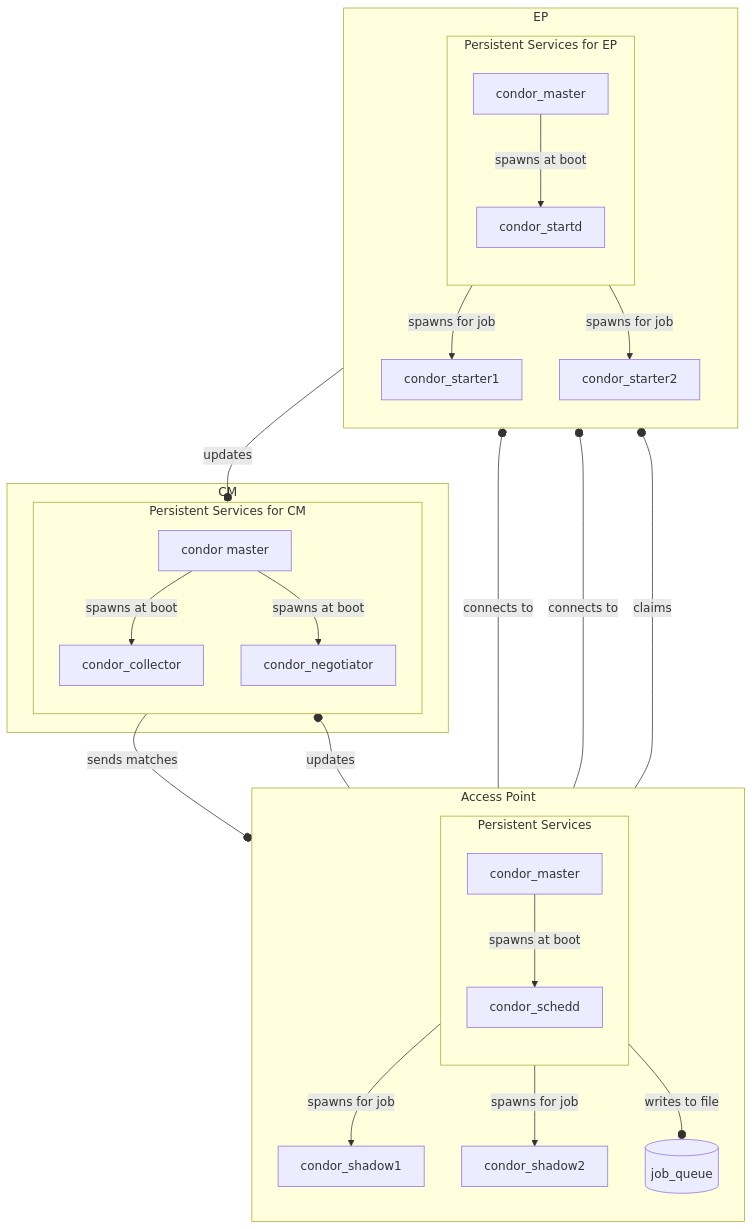
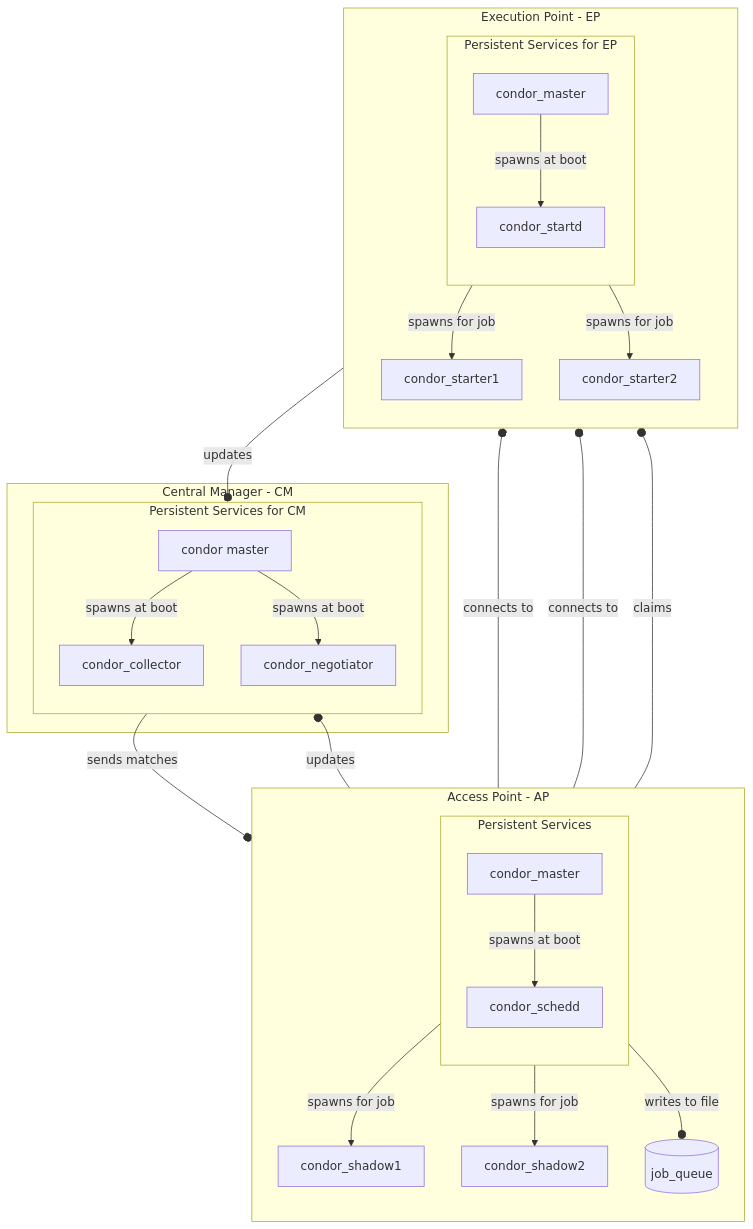
The fourth of 4 diagrams in docs/admin-manual/introduction-admin-manual.rst (htcondor/htcondor), drawn with Mermaid before and after one commit.

Commit message:
Apply suggestions from code review

```diff
--- a/docs/admin-manual/introduction-admin-manual.rst
+++ b/docs/admin-manual/introduction-admin-manual.rst
@@ -139,63 +139,63 @@
 .. mermaid::
     :caption: HTCondor Process Architecture
     :align: center
  
      flowchart TD
-         subgraph Access Point
+         subgraph Access Point - AP
          direction LR;
          
          subgraph Persistent Services
              direction TB
              condor_master
              condor_schedd
          end
              direction TB
              condor_master -- spawns at boot --> condor_schedd
  
              job_queue[(job_queue)]
              condor_schedd -- spawns for job --> condor_shadow1
              condor_schedd -- spawns for job --> condor_shadow2
              condor_schedd -- writes to file --o job_queue
          end
      
-         subgraph CM
+         subgraph Central Manager - CM
          subgraph Persistent Services for CM
              direction TB
              cm_master[condor master]
              condor_collector
              condor_negotiator
  
              cm_master -- spawns at boot --> condor_collector
              cm_master -- spawns at boot --> condor_negotiator
             
          end
      end
  
-     subgraph EP
+     subgraph Execution Point - EP
      subgraph Persistent Services for EP
              direction TB
              ep_master[condor_master]
              condor_startd
          end
      direction TB
          ep_master -- spawns at boot --> condor_startd
                      
          condor_startd -- spawns for job --> condor_starter1
          condor_startd -- spawns for job --> condor_starter2
      end
  
      condor_shadow1 -- connects to --o condor_starter1
      condor_shadow2 -- connects to --o condor_starter2
      condor_schedd  -- claims      --o condor_startd
  
      condor_startd  -- updates     --o condor_collector
      condor_schedd  -- updates     --o condor_collector
      condor_negotiator -- sends matches --o condor_schedd
  
      %%subgraph tools       
      %%        condor_submit -- connects to --o condor_schedd
      %%        condor_q      -- connects to --o condor_schedd
      %%        condor_rm     -- connects to --o condor_schedd
      %%        condor_status -- queries     --o condor_collector
      %%        condor_userprio -- queries   --o condor_negotiator
      %%end
```
